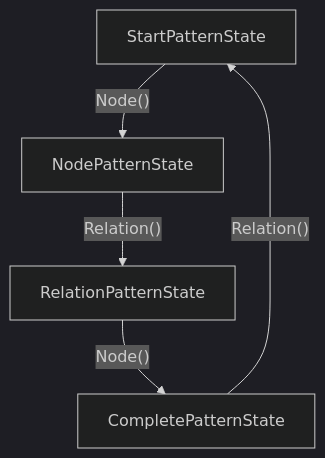
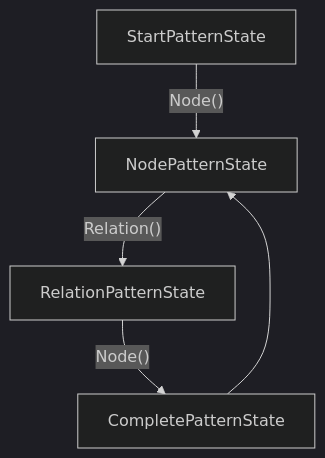
One commit to Deb84/NeoQueries changed the diagram in docs/Patterns.mermaid. Above: the diagram before and after it, drawn with Mermaid (dark theme).

Commit message:
doc: fix mermaid diagram

```diff
--- a/docs/Patterns.mermaid
+++ b/docs/Patterns.mermaid
@@ -1,5 +1,5 @@
 flowchart TD
     StartPatternState --> |"Node()"| NodePatternState
     NodePatternState --> |"Relation()"| RelationPatternState
     RelationPatternState --> |"Node()"| CompletePatternState
-    CompletePatternState --> |"Relation()"| StartPatternState
+    CompletePatternState --> NodePatternState
```
